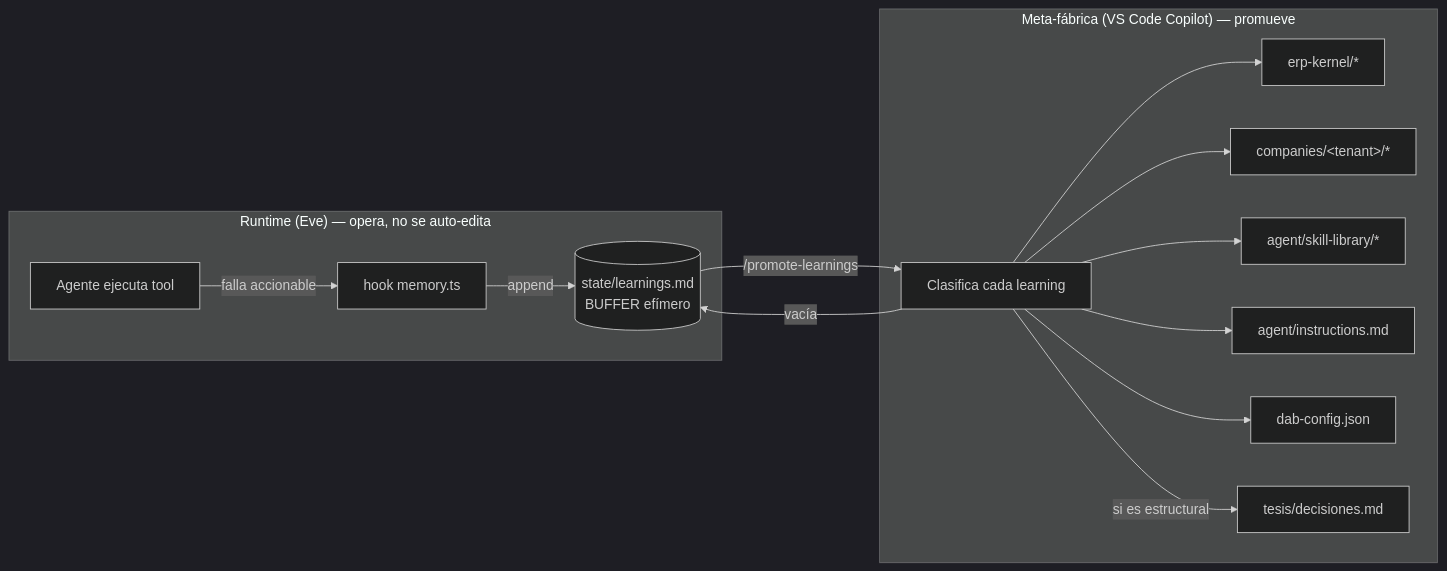
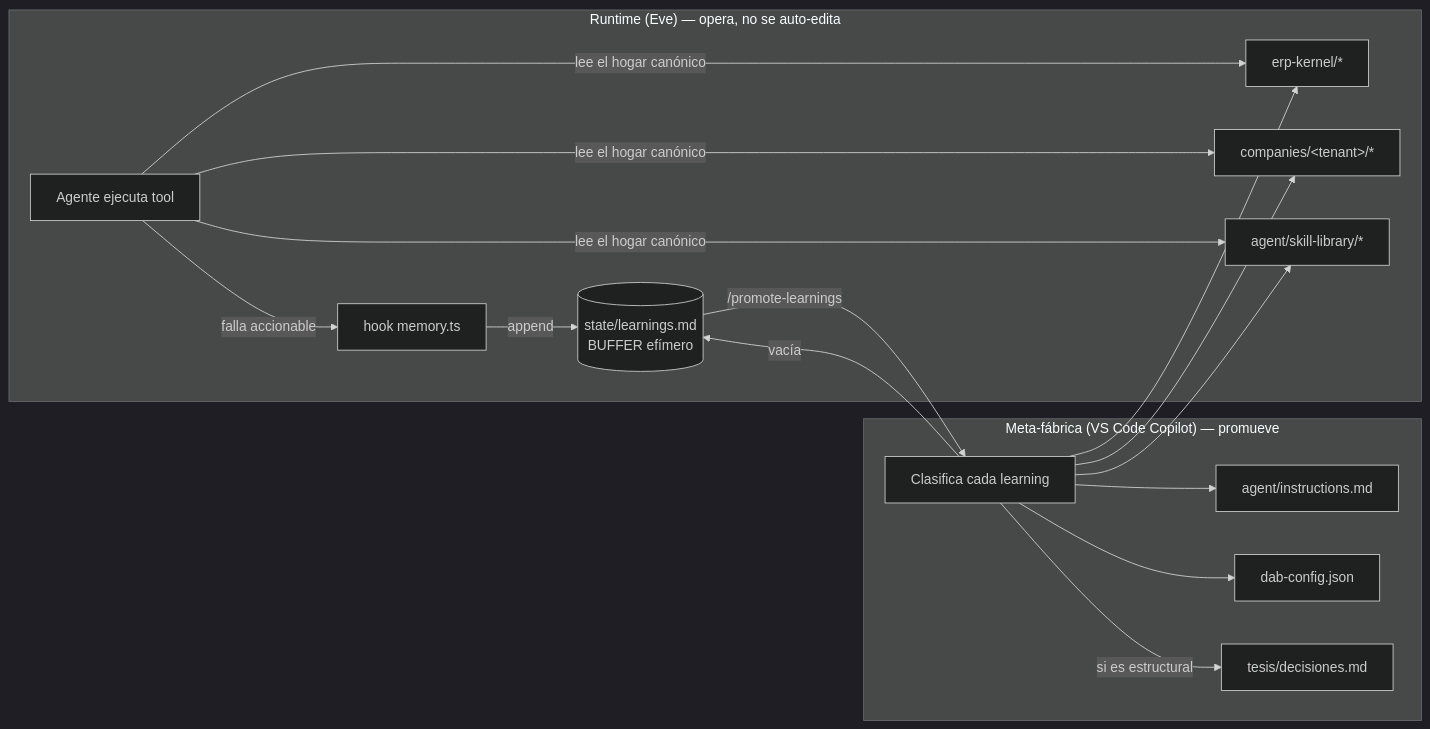
Before and after one commit to carlosg2/sk-eve: the diagram in tesis/constitucion.md, drawn with Mermaid (dark theme). The commit also changed other lines of this file and 69 other files, not shown here.

````diff
--- a/tesis/constitucion.md
+++ b/tesis/constitucion.md
@@ -93,17 +95,20 @@
 ```mermaid
 flowchart LR
   subgraph Runtime["Runtime (Eve) — opera, no se auto-edita"]
     A[Agente ejecuta tool] -->|falla accionable| H[hook memory.ts]
     H -->|append| B[(state/learnings.md<br/>BUFFER efímero)]
+    A -->|lee el hogar canónico| K
+    A -->|lee el hogar canónico| T
+    A -->|lee el hogar canónico| S
   end
   subgraph Fabrica["Meta-fábrica (VS Code Copilot) — promueve"]
     B -->|/promote-learnings| P[Clasifica cada learning]
     P --> K[erp-kernel/*]
     P --> T[companies/&lt;tenant&gt;/*]
     P --> S[agent/skill-library/*]
     P --> I[agent/instructions.md]
     P --> D[dab-config.json]
     P -->|vacía| B
     P -->|si es estructural| DEC[tesis/decisiones.md]
   end
 ```
````
